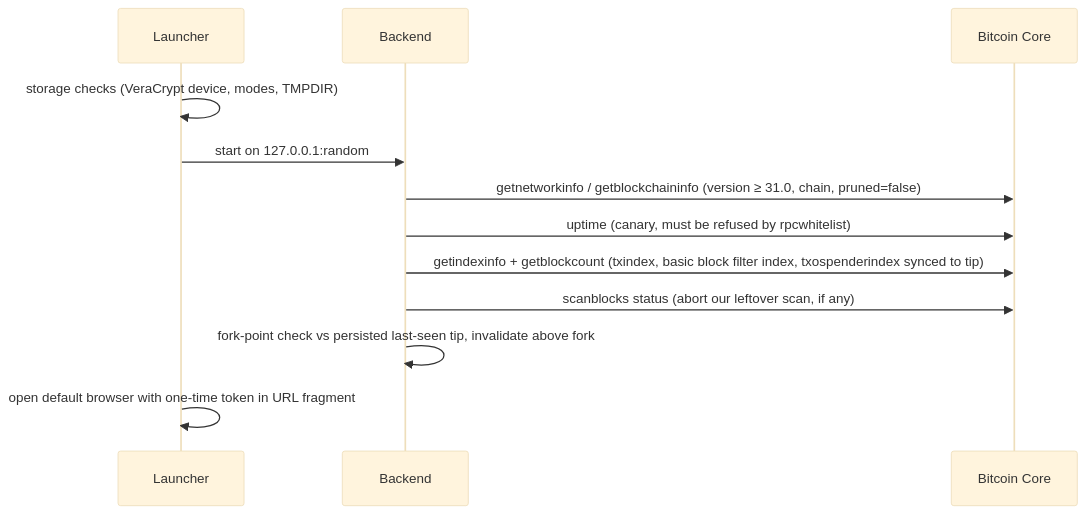
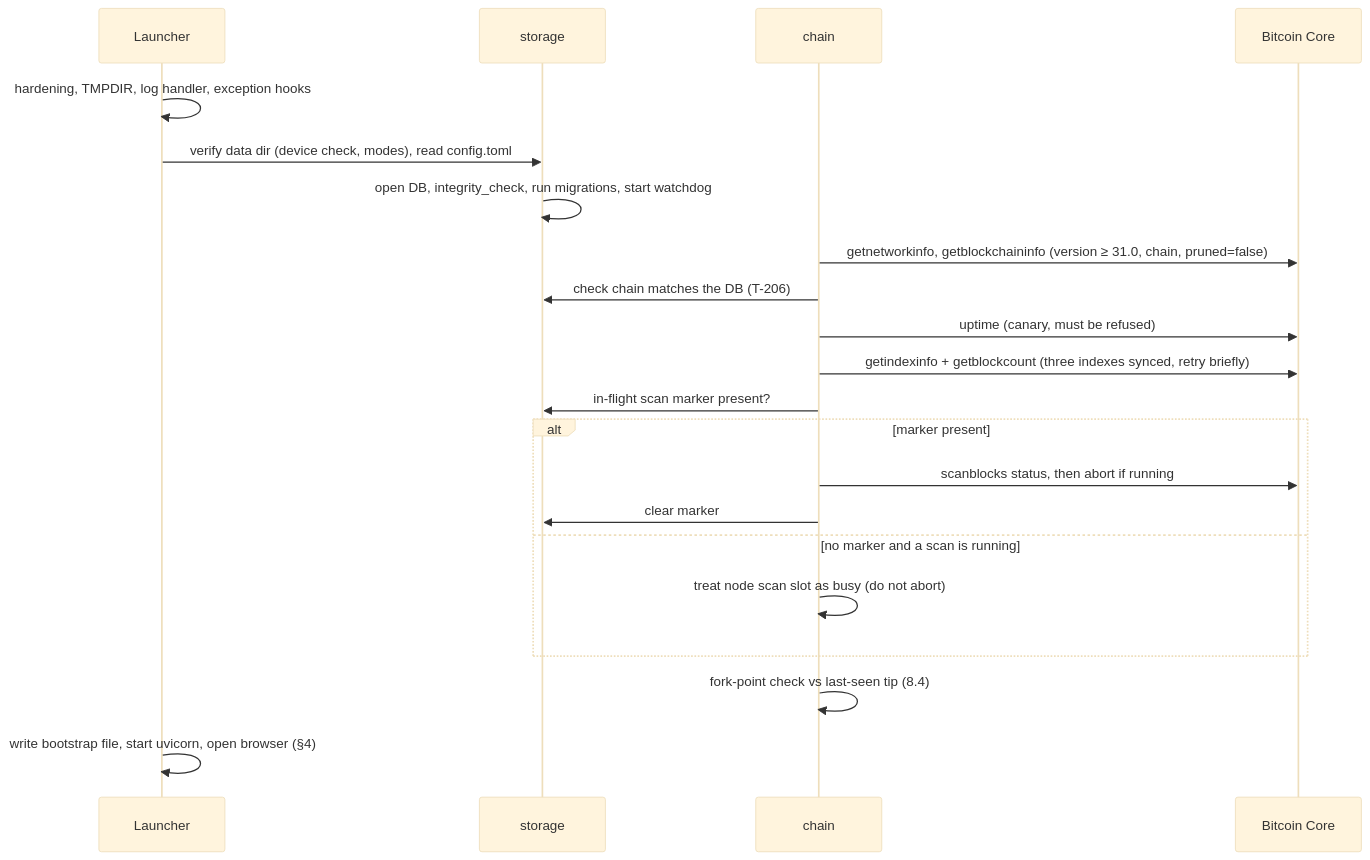
One commit to kristovatlas/coin-accounting changed the fifth of 9 diagrams in docs/architecture.md. Above: the diagram before and after it, drawn with Mermaid (base theme). The commit also changed other lines of this file and 3 other files, not shown here.

First line of the commit message:
Architecture v0.2 and aligned docs: address Opus 5.5 and Codex review of PR #5

````diff
--- a/docs/architecture.md
+++ b/docs/architecture.md
@@ -177,14 +261,23 @@
 ```mermaid
 sequenceDiagram
   participant L as Launcher
-  participant B as Backend
+  participant S as storage
+  participant C as chain
   participant N as Bitcoin Core
-  L->>L: storage checks (VeraCrypt device, modes, TMPDIR)
-  L->>B: start on 127.0.0.1:random
-  B->>N: getnetworkinfo / getblockchaininfo (version ≥ 31.0, chain, pruned=false)
-  B->>N: uptime (canary, must be refused by rpcwhitelist)
-  B->>N: getindexinfo + getblockcount (txindex, basic block filter index, txospenderindex synced to tip)
-  B->>N: scanblocks status (abort our leftover scan, if any)
-  B->>B: fork-point check vs persisted last-seen tip, invalidate above fork
-  L->>L: open default browser with one-time token in URL fragment
+  L->>L: hardening, TMPDIR, log handler, exception hooks
+  L->>S: verify data dir (device check, modes), read config.toml
+  S->>S: open DB, integrity_check, run migrations, start watchdog
+  C->>N: getnetworkinfo, getblockchaininfo (version ≥ 31.0, chain, pruned=false)
+  C->>S: check chain matches the DB (T-206)
+  C->>N: uptime (canary, must be refused)
+  C->>N: getindexinfo + getblockcount (three indexes synced, retry briefly)
+  C->>S: in-flight scan marker present?
+  alt marker present
+    C->>N: scanblocks status, then abort if running
+    C->>S: clear marker
+  else no marker and a scan is running
+    C->>C: treat node scan slot as busy (do not abort)
+  end
+  C->>C: fork-point check vs last-seen tip (8.4)
+  L->>L: write bootstrap file, start uvicorn, open browser (§4)
 ```
````
